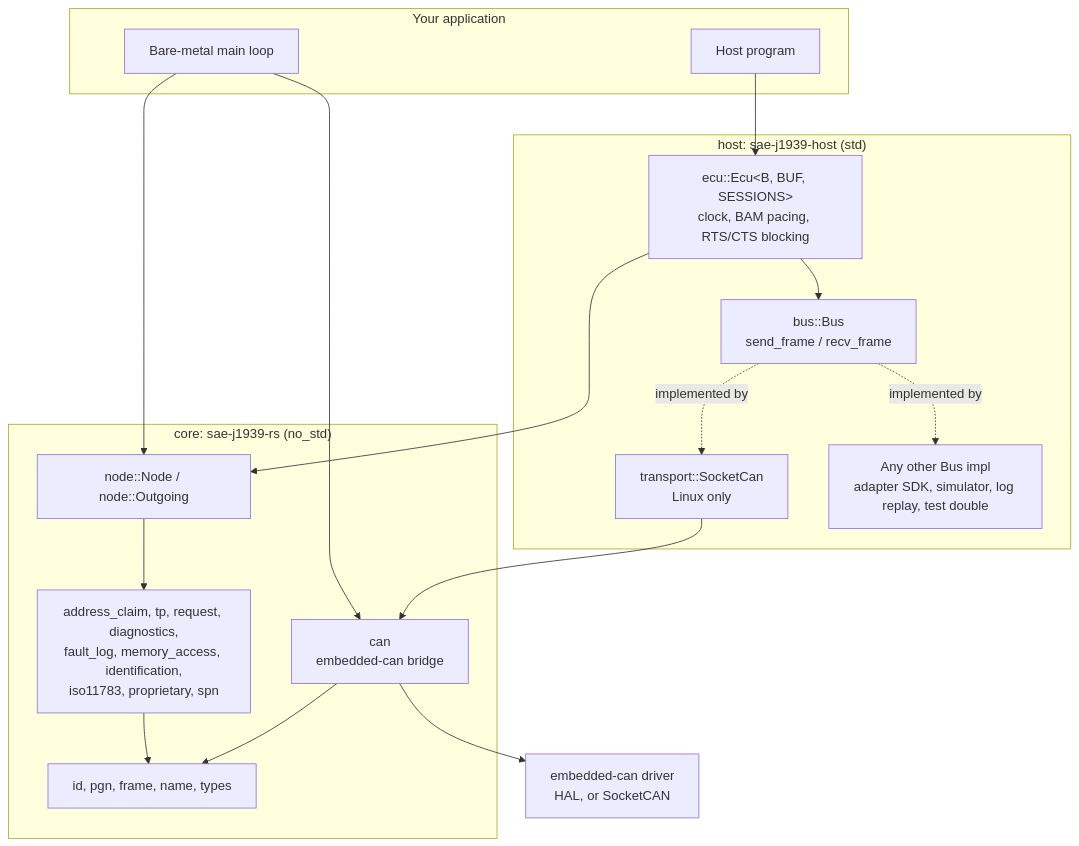
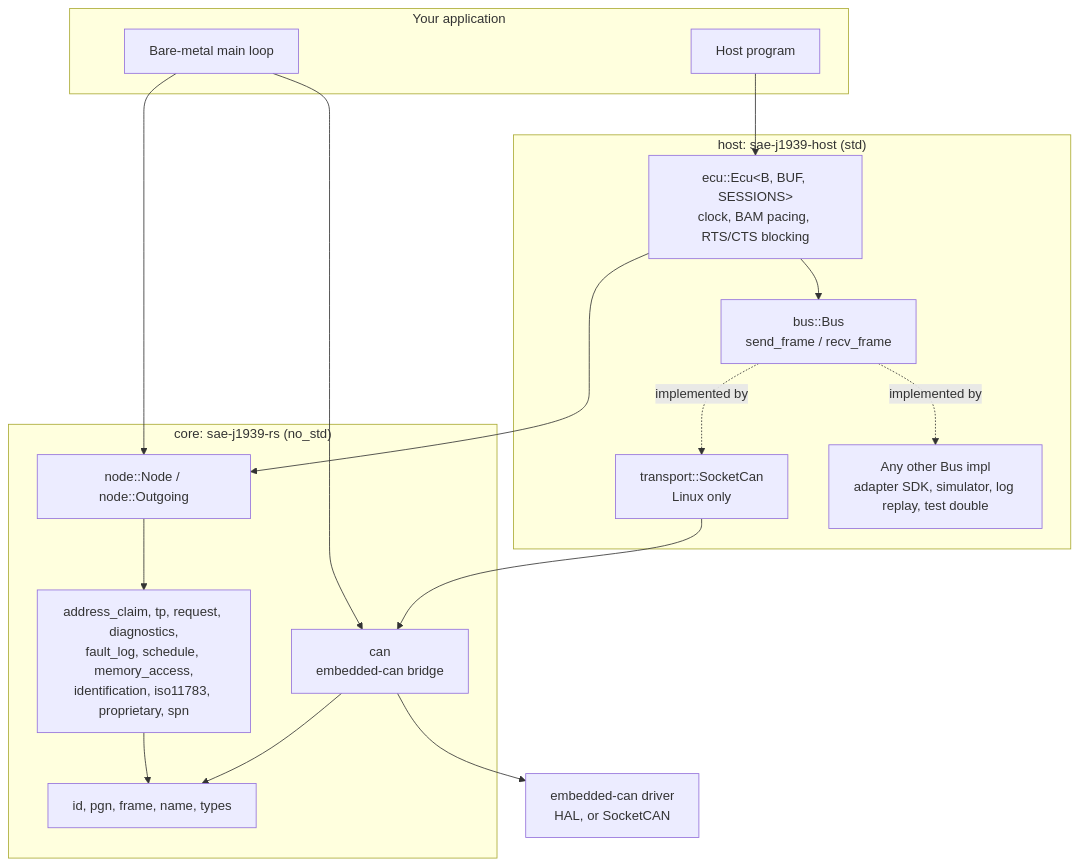
Before and after one commit to KarpagamKarthikeyan/sae-j1939-rs: the first of 19 diagrams in ARCHITECTURE.md, drawn with Mermaid. The commit also changed other lines of this file and 13 other files, not shown here.

````diff
--- a/ARCHITECTURE.md
+++ b/ARCHITECTURE.md
@@ -47,36 +47,36 @@
 ```mermaid
 flowchart TB
     subgraph app["Your application"]
         mcuapp["Bare-metal main loop"]
         hostapp["Host program"]
     end
 
     subgraph host["host: sae-j1939-host (std)"]
         ecu["ecu::Ecu&lt;B, BUF, SESSIONS&gt;<br/>clock, BAM pacing, RTS/CTS blocking"]
         bustrait["bus::Bus<br/>send_frame / recv_frame"]
         socketcan["transport::SocketCan<br/>Linux only"]
         other["Any other Bus impl<br/>adapter SDK, simulator, log replay, test double"]
     end
 
     subgraph core["core: sae-j1939-rs (no_std)"]
         node["node::Node / node::Outgoing"]
-        proto["address_claim, tp, request, diagnostics,<br/>fault_log, memory_access, identification,<br/>iso11783, proprietary, spn"]
+        proto["address_claim, tp, request, diagnostics,<br/>fault_log, schedule, memory_access,<br/>identification, iso11783, proprietary, spn"]
         wire["id, pgn, frame, name, types"]
         canbridge["can<br/>embedded-can bridge"]
     end
 
     hal["embedded-can driver<br/>HAL, or SocketCAN"]
 
     mcuapp --> node
     mcuapp --> canbridge
     hostapp --> ecu
     ecu --> bustrait
     bustrait -.implemented by.-> socketcan
     bustrait -.implemented by.-> other
     socketcan --> canbridge
     ecu --> node
     node --> proto
     proto --> wire
     canbridge --> wire
     canbridge --> hal
 ```
````
